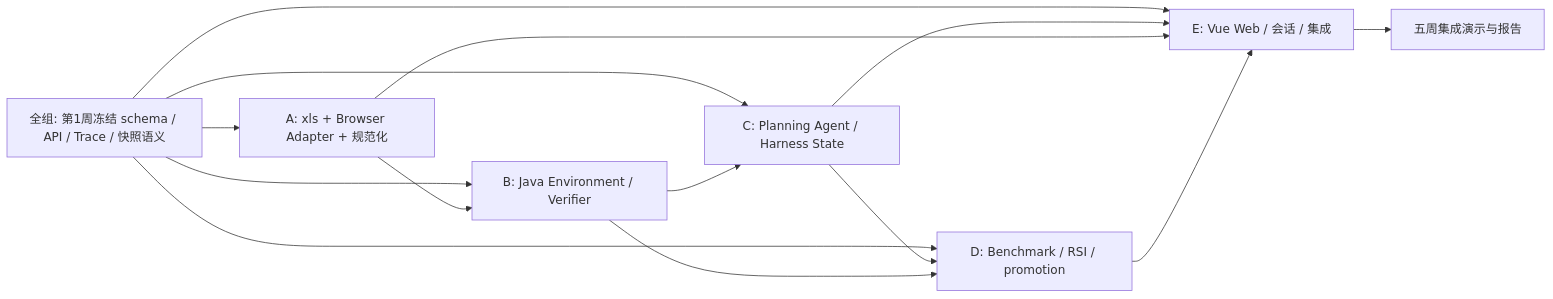
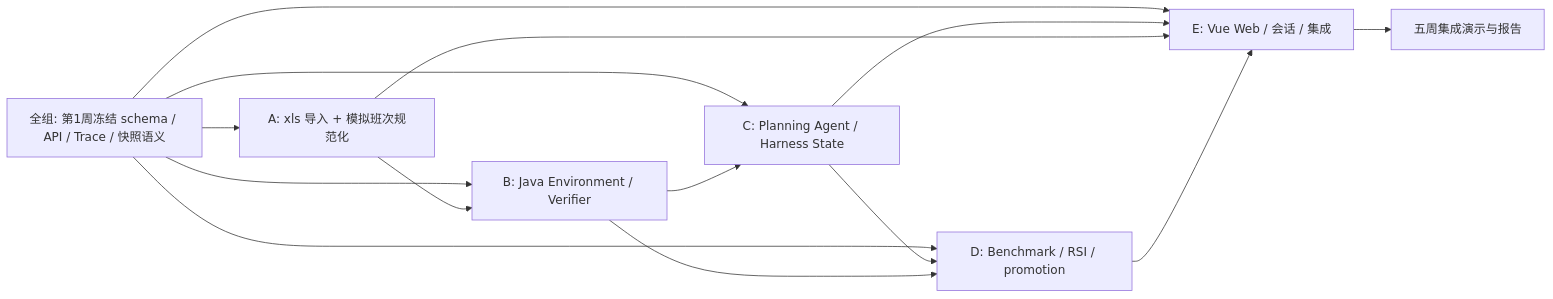
One commit to HelicasECoode42/CoursePilot-Evo changed the diagram in docs/diagrams/team-dependencies.mmd. Above: the diagram before and after it, drawn with Mermaid. The commit also changed 23 other files, not shown here.

```diff
--- a/docs/diagrams/team-dependencies.mmd
+++ b/docs/diagrams/team-dependencies.mmd
@@ -1,14 +1,14 @@
 flowchart LR
-  FREEZE[全组: 第1周冻结 schema / API / Trace / 快照语义] --> A[A: xls + Browser Adapter + 规范化]
+  FREEZE[全组: 第1周冻结 schema / API / Trace / 快照语义] --> A[A: xls 导入 + 模拟班次规范化]
   FREEZE --> B[B: Java Environment / Verifier]
   FREEZE --> C[C: Planning Agent / Harness State]
   FREEZE --> D[D: Benchmark / RSI / promotion]
   FREEZE --> E[E: Vue Web / 会话 / 集成]
   A --> B
   B --> C
   C --> D
   B --> D
   C --> E
   A --> E
   D --> E
   E --> DEMO[五周集成演示与报告]
```
